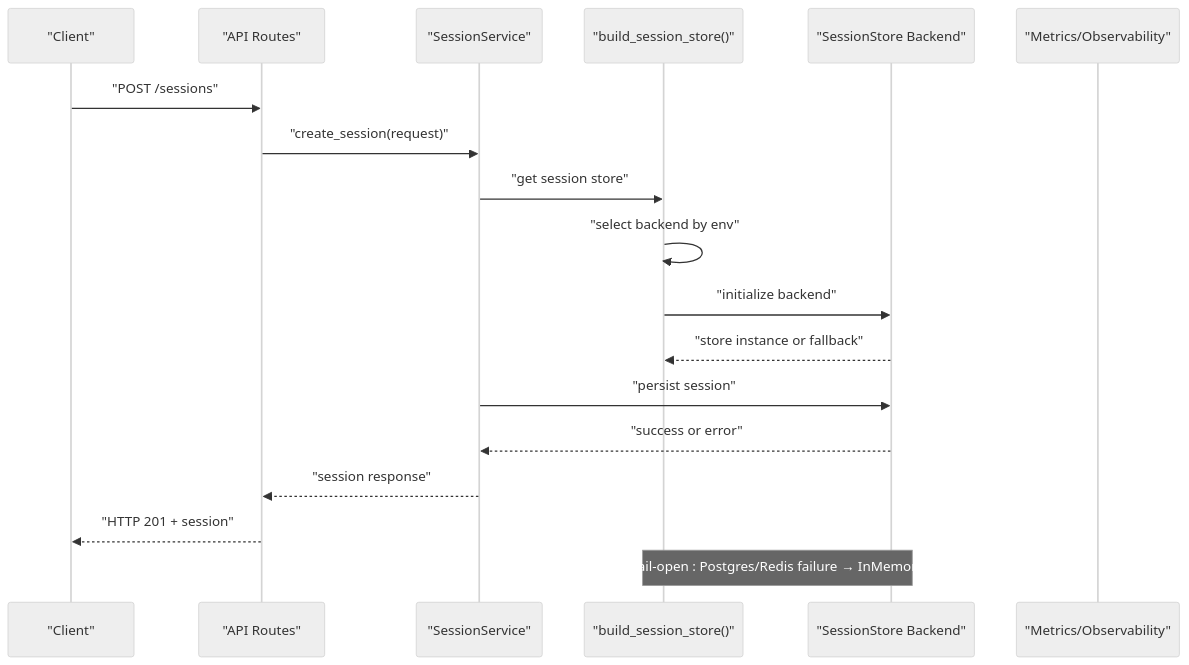
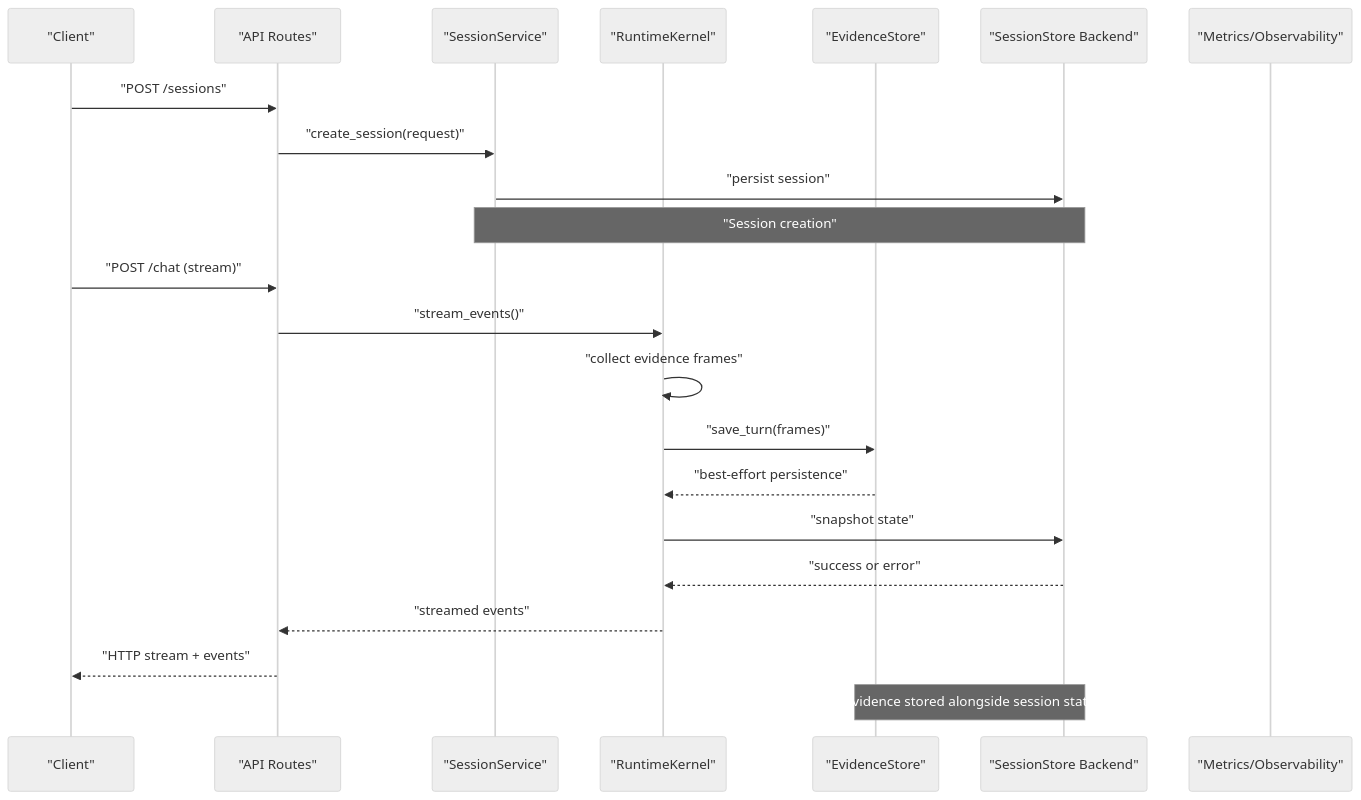
Before and after one commit to metasync/luban-aiops: the second of 5 diagrams in .qoder/repowiki/en/content/Agent Platform Service/Session Management and State Persistence.md, drawn with Mermaid (neutral theme). The commit also changed other lines of this file and 8 other files, not shown here.

````diff
--- a/.qoder/repowiki/en/content/Agent Platform Service/Session Management and State Persistence.md
+++ b/.qoder/repowiki/en/content/Agent Platform Service/Session Management and State Persistence.md
@@ -165,20 +183,24 @@
 ```mermaid
 sequenceDiagram
 participant Client as "Client"
 participant Routes as "API Routes"
 participant Service as "SessionService"
-participant Factory as "build_session_store()"
+participant Kernel as "RuntimeKernel"
+participant Evidence as "EvidenceStore"
 participant Store as "SessionStore Backend"
 participant Metrics as "Metrics/Observability"
 Client->>Routes : "POST /sessions"
 Routes->>Service : "create_session(request)"
-Service->>Factory : "get session store"
-Factory->>Factory : "select backend by env"
-Factory->>Store : "initialize backend"
-Store-->>Factory : "store instance or fallback"
 Service->>Store : "persist session"
-Store-->>Service : "success or error"
-Service-->>Routes : "session response"
-Routes-->>Client : "HTTP 201 + session"
-Note over Factory,Store : "Fail-open : Postgres/Redis failure → InMemory"
+Note over Service,Store : "Session creation"
+Client->>Routes : "POST /chat (stream)"
+Routes->>Kernel : "stream_events()"
+Kernel->>Kernel : "collect evidence frames"
+Kernel->>Evidence : "save_turn(frames)"
+Evidence-->>Kernel : "best-effort persistence"
+Kernel->>Store : "snapshot state"
+Store-->>Kernel : "success or error"
+Kernel-->>Routes : "streamed events"
+Routes-->>Client : "HTTP stream + events"
+Note over Evidence,Store : "Evidence stored alongside session state"
 ```
````
